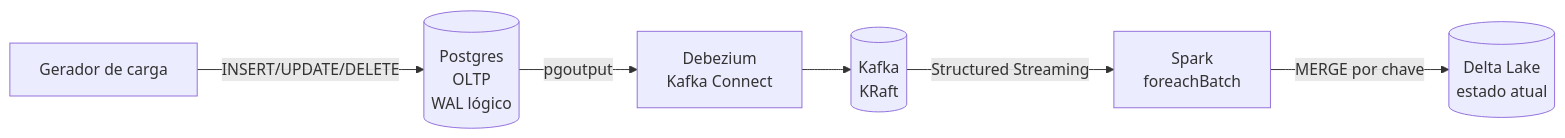
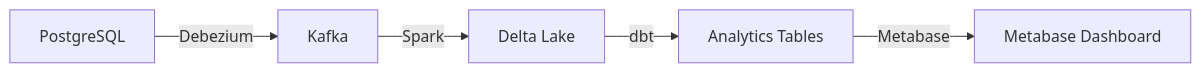
One commit to ArthurTheWorld/Project-B changed the diagram in README.md. Above: the diagram before and after it, drawn with Mermaid. The commit also changed other lines of this file, not shown here.

````diff
--- a/README.md
+++ b/README.md
@@ -23,8 +14,7 @@
 ```mermaid
-flowchart LR
-    PG[(Postgres<br/>OLTP<br/>WAL lógico)] -->|pgoutput| DBZ[Debezium<br/>Kafka Connect]
-    DBZ --> K[(Kafka<br/>KRaft)]
-    K -->|Structured Streaming| SP[Spark<br/>foreachBatch]
-    SP -->|MERGE por chave| D[(Delta Lake<br/>estado atual)]
-    GEN[Gerador de carga] -->|INSERT/UPDATE/DELETE| PG
+graph LR
+    PG[PostgreSQL] -->|Debezium| KAF[Kafka]
+    KAF -->|Spark| DL[Delta Lake]
+    DL -->|dbt| AT[Analytics Tables]
+    AT -->|Metabase| DASH[Metabase Dashboard]
 ```
````
